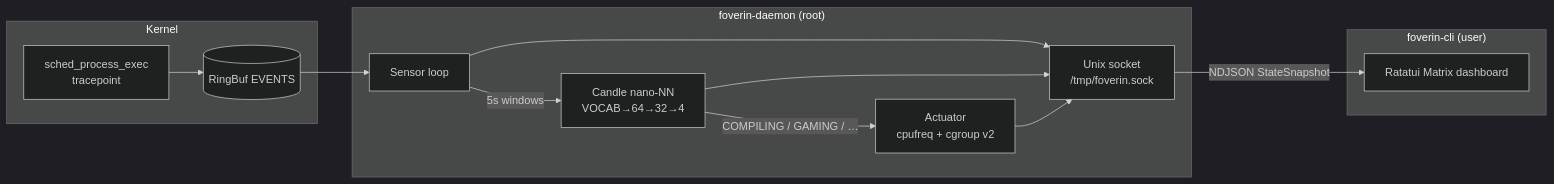
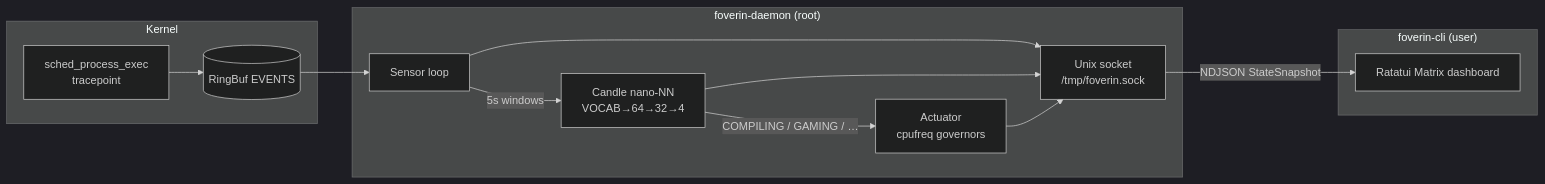
Before and after one commit to hocestnonsatis/foverin: the diagram in README.md, drawn with Mermaid (dark theme). The commit also changed other lines of this file and 12 other files, not shown here.

````diff
--- a/README.md
+++ b/README.md
@@ -15,26 +15,26 @@
 ```mermaid
 flowchart LR
     subgraph Kernel
         TP["sched_process_exec<br/>tracepoint"]
         RB[(RingBuf EVENTS)]
         TP --> RB
     end
 
     subgraph "foverin-daemon (root)"
         SEN[Sensor loop]
         NN["Candle nano-NN<br/>VOCAB→64→32→4"]
-        ACT["Actuator<br/>cpufreq + cgroup v2"]
+        ACT["Actuator<br/>cpufreq governors"]
         UDS["Unix socket<br/>/tmp/foverin.sock"]
         RB --> SEN
         SEN -->|"5s windows"| NN
         NN -->|"COMPILING / GAMING / …"| ACT
         SEN --> UDS
         NN --> UDS
         ACT --> UDS
     end
 
     subgraph "foverin-cli (user)"
         TUI["Ratatui Matrix dashboard"]
         UDS -->|"NDJSON StateSnapshot"| TUI
     end
 ```
````
